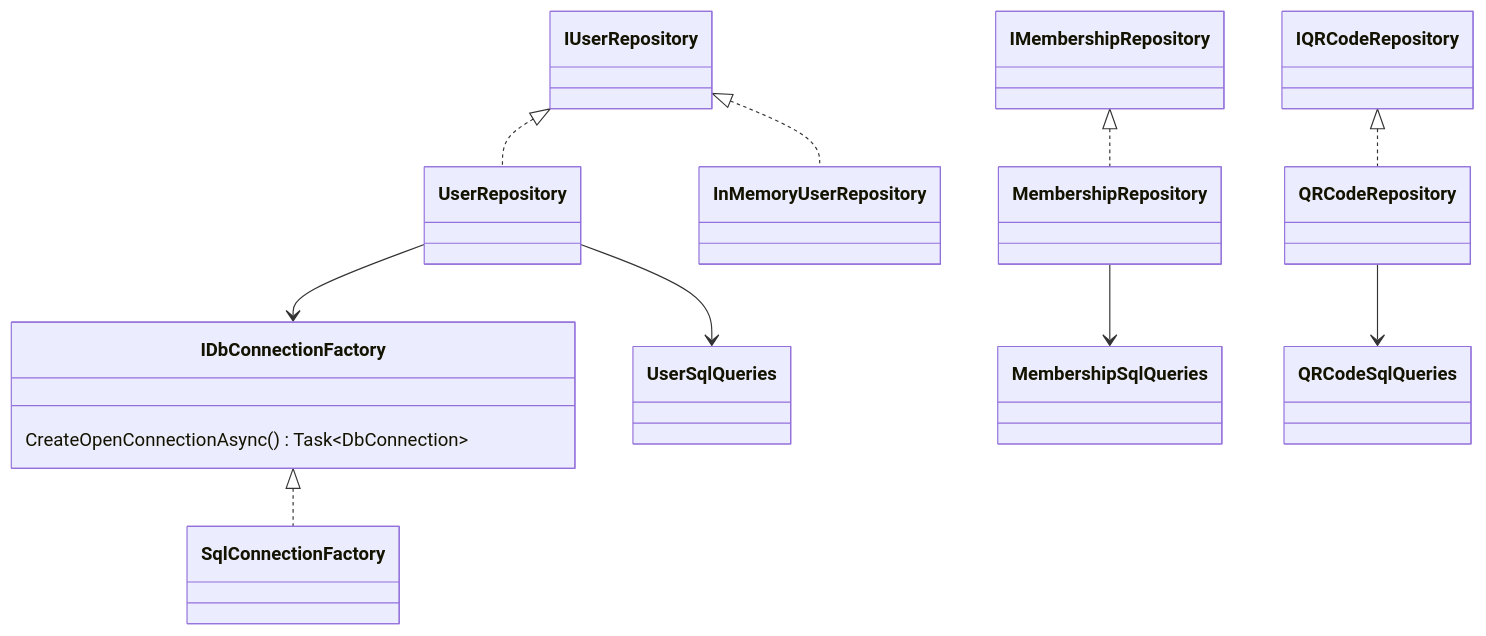
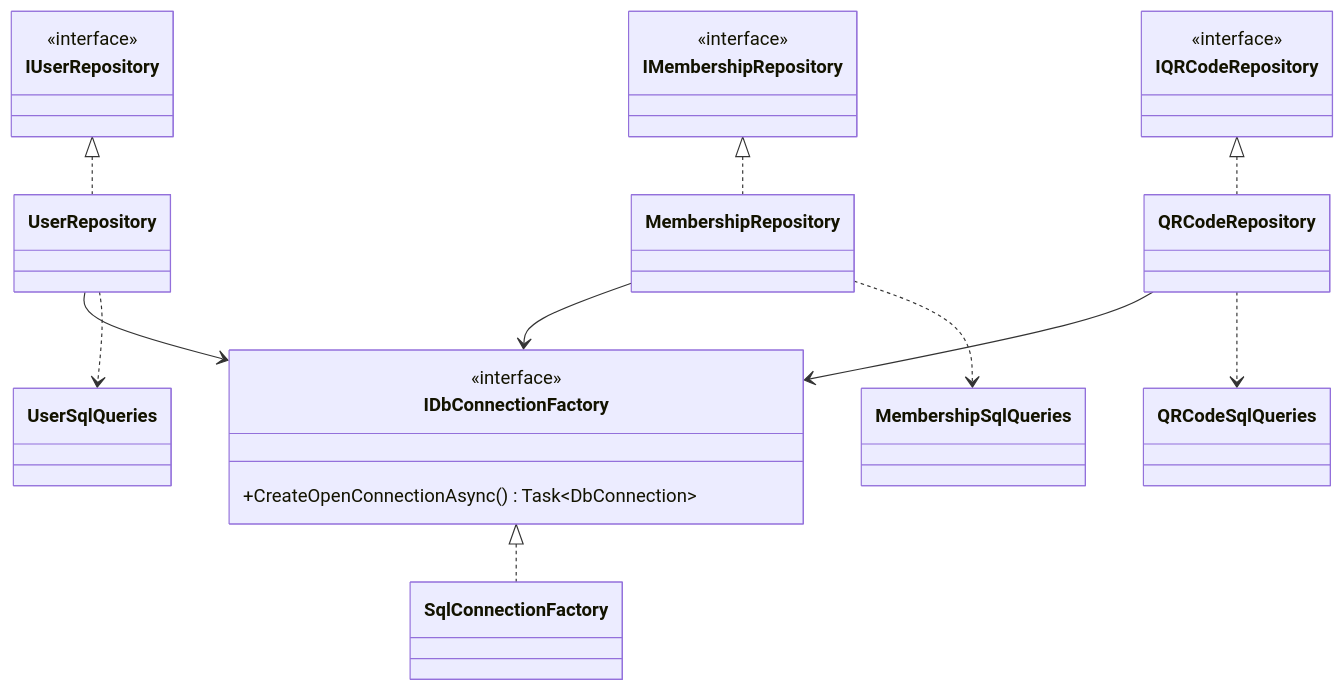
The fourth of 8 diagrams in docs/current-structure.md (StefanKosev1/FitTrack), drawn with Mermaid before and after one commit. The commit also changed other lines of this file and 28 other files, not shown here.

````diff
--- a/docs/current-structure.md
+++ b/docs/current-structure.md
@@ -197,27 +225,36 @@
 ```mermaid
 classDiagram
     class IDbConnectionFactory {
-        CreateOpenConnectionAsync() Task~DbConnection~
+        <<interface>>
+        +CreateOpenConnectionAsync() Task~DbConnection~
     }
 
     class SqlConnectionFactory
     IDbConnectionFactory <|.. SqlConnectionFactory
 
-    class IUserRepository
+    class IUserRepository {
+        <<interface>>
+    }
+    class IMembershipRepository {
+        <<interface>>
+    }
+    class IQRCodeRepository {
+        <<interface>>
+    }
+
     class UserRepository
-    class InMemoryUserRepository
+    class MembershipRepository
+    class QRCodeRepository
+
     IUserRepository <|.. UserRepository
-    IUserRepository <|.. InMemoryUserRepository
+    IMembershipRepository <|.. MembershipRepository
+    IQRCodeRepository <|.. QRCodeRepository
+
     UserRepository --> IDbConnectionFactory
-    UserRepository --> UserSqlQueries
+    MembershipRepository --> IDbConnectionFactory
+    QRCodeRepository --> IDbConnectionFactory
 
-    class IMembershipRepository
-    class MembershipRepository
-    IMembershipRepository <|.. MembershipRepository
-    MembershipRepository --> MembershipSqlQueries
-
-    class IQRCodeRepository
-    class QRCodeRepository
-    IQRCodeRepository <|.. QRCodeRepository
-    QRCodeRepository --> QRCodeSqlQueries
+    UserRepository ..> UserSqlQueries
+    MembershipRepository ..> MembershipSqlQueries
+    QRCodeRepository ..> QRCodeSqlQueries
 ```
````
